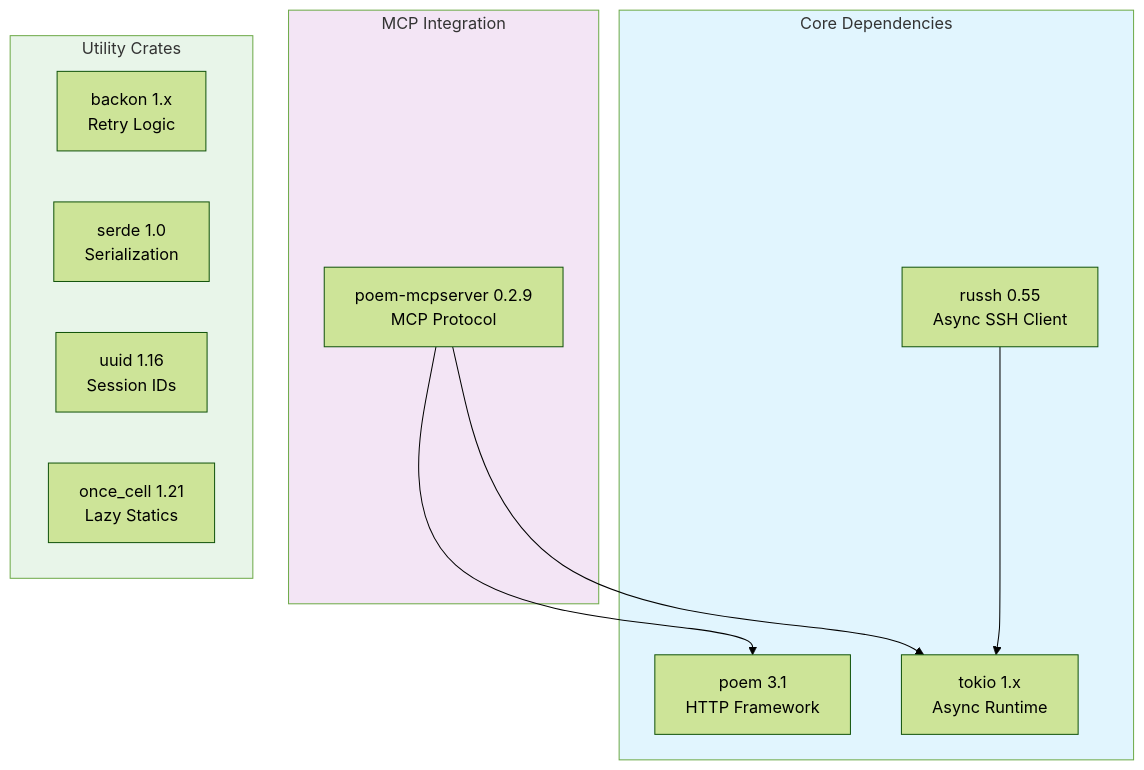
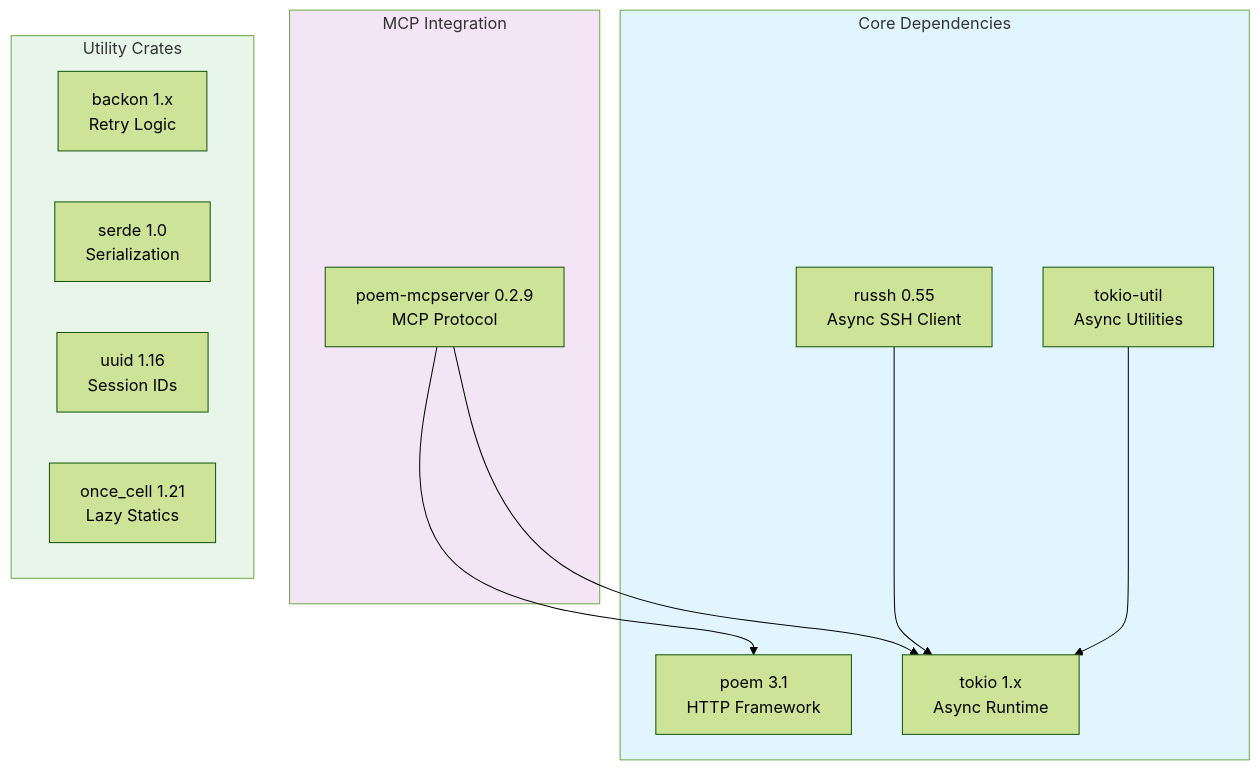
One commit to farchanjo/ssh-mcp changed diagram 11 of 11 in docs/ARCHITECTURE.md. Above: the diagram before and after it, drawn with Mermaid (forest theme). The commit also changed other lines of this file, not shown here.

First line of the commit message:
docs(architecture): add async_command.rs module documentation

````diff
--- a/docs/ARCHITECTURE.md
+++ b/docs/ARCHITECTURE.md
@@ -658,27 +841,29 @@
 ```mermaid
 flowchart TB
     subgraph Core["Core Dependencies"]
         Russh["russh 0.55<br/>Async SSH Client"]
         Tokio["tokio 1.x<br/>Async Runtime"]
+        TokioUtil["tokio-util<br/>Async Utilities"]
         Poem["poem 3.1<br/>HTTP Framework"]
     end
 
     subgraph MCP["MCP Integration"]
         PoemMCP["poem-mcpserver 0.2.9<br/>MCP Protocol"]
     end
 
     subgraph Utilities["Utility Crates"]
         Backon["backon 1.x<br/>Retry Logic"]
         Serde["serde 1.0<br/>Serialization"]
         UUID["uuid 1.16<br/>Session IDs"]
         OnceCell["once_cell 1.21<br/>Lazy Statics"]
     end
 
     PoemMCP --> Poem
     PoemMCP --> Tokio
     Russh --> Tokio
+    TokioUtil --> Tokio
 
     style Core fill:#e1f5fe
     style MCP fill:#f3e5f5
     style Utilities fill:#e8f5e9
 ```
````
